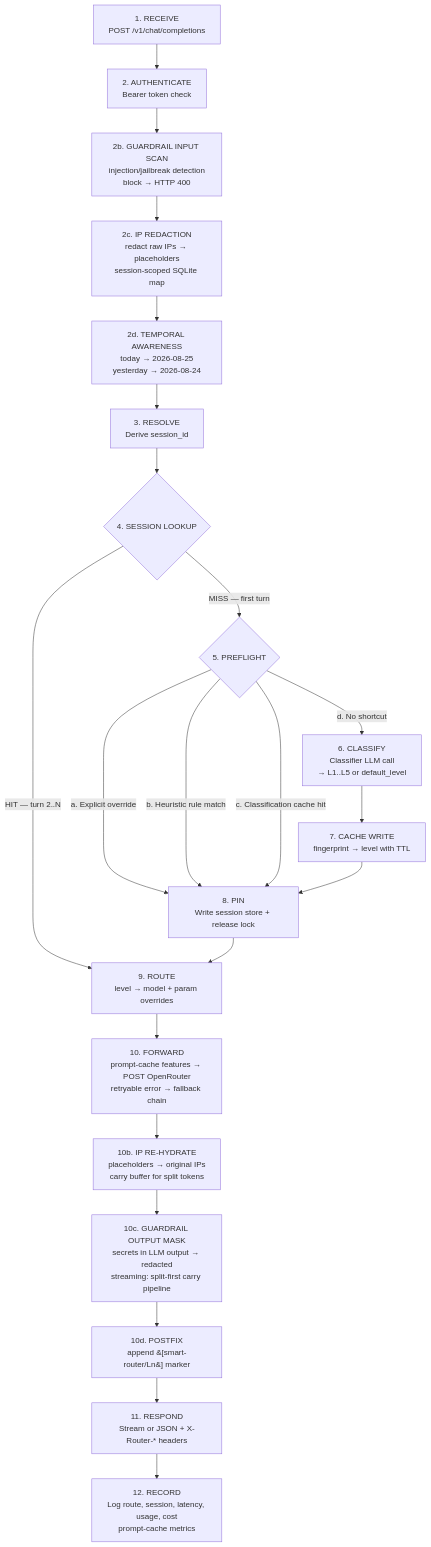
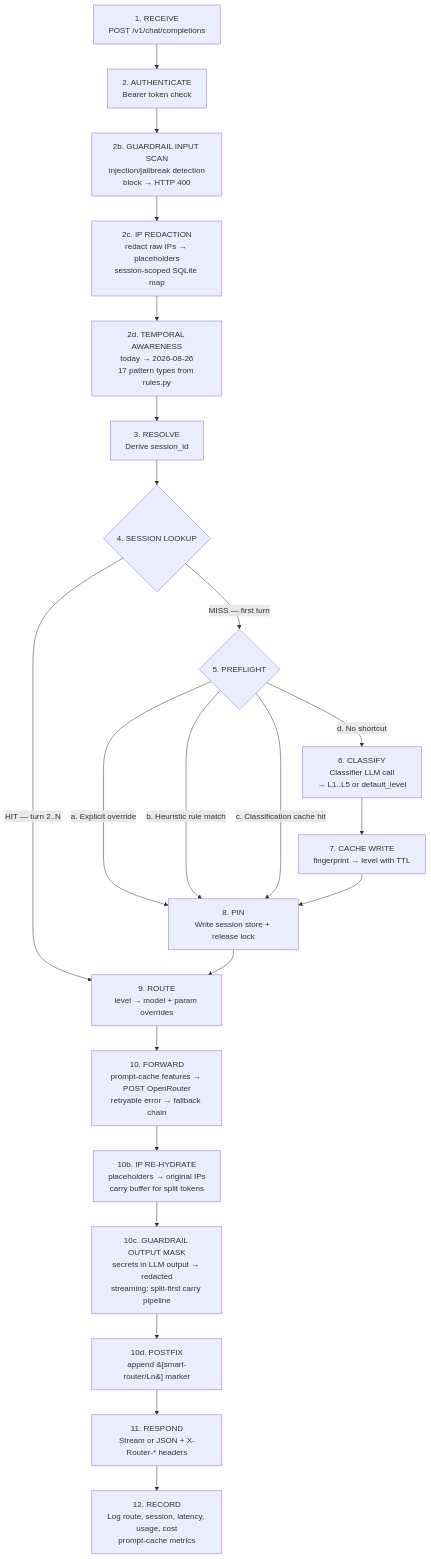
One commit to Green-Needle-Tech/llm-smart-router changed the second of 2 diagrams in llm-smart-router-spec.md. Above: the diagram before and after it, drawn with Mermaid. The commit also changed other lines of this file and 5 other files, not shown here.

First line of the commit message:
feat: temporal awareness full pattern coverage — all 17 pattern types from rules.py (v2.5.0)

````diff
--- a/llm-smart-router-spec.md
+++ b/llm-smart-router-spec.md
@@ -114,27 +114,27 @@
 ```mermaid
 flowchart TD
     R1[1. RECEIVE<br/>POST /v1/chat/completions] --> R2[2. AUTHENTICATE<br/>Bearer token check]
     R2 --> R2G[2b. GUARDRAIL INPUT SCAN<br/>injection/jailbreak detection<br/>block → HTTP 400]
     R2G --> R2P[2c. IP REDACTION<br/>redact raw IPs → placeholders<br/>session-scoped SQLite map]
-    R2P --> R2T[2d. TEMPORAL AWARENESS<br/>today → 2026-08-25<br/>yesterday → 2026-08-24]
+    R2P --> R2T[2d. TEMPORAL AWARENESS<br/>today → 2026-08-26<br/>17 pattern types from rules.py]
     R2T --> R3[3. RESOLVE<br/>Derive session_id]
     R3 --> R4{4. SESSION LOOKUP}
 
     R4 -->|HIT — turn 2..N| R9[9. ROUTE<br/>level → model + param overrides]
     R4 -->|MISS — first turn| R5{5. PREFLIGHT}
 
     R5 -->|a. Explicit override| R8[8. PIN<br/>Write session store + release lock]
     R5 -->|b. Heuristic rule match| R8
     R5 -->|c. Classification cache hit| R8
     R5 -->|d. No shortcut| R6[6. CLASSIFY<br/>Classifier LLM call<br/>→ L1..L5 or default_level]
     R6 --> R7[7. CACHE WRITE<br/>fingerprint → level with TTL]
     R7 --> R8
 
     R8 --> R9
     R9 --> R10[10. FORWARD<br/>prompt-cache features → POST OpenRouter<br/>retryable error → fallback chain]
     R10 --> R10P[10b. IP RE-HYDRATE<br/>placeholders → original IPs<br/>carry buffer for split tokens]
     R10P --> R10G[10c. GUARDRAIL OUTPUT MASK<br/>secrets in LLM output → redacted<br/>streaming: split-first carry pipeline]
     R10G --> R10F["10d. POSTFIX<br/>append &#91;smart-router/Ln&#93; marker"]
     R10F --> R11["11. RESPOND<br/>Stream or JSON + X-Router-* headers"]
     R11 --> R12[12. RECORD<br/>Log route, session, latency, usage, cost<br/>prompt-cache metrics]
 ```
````
